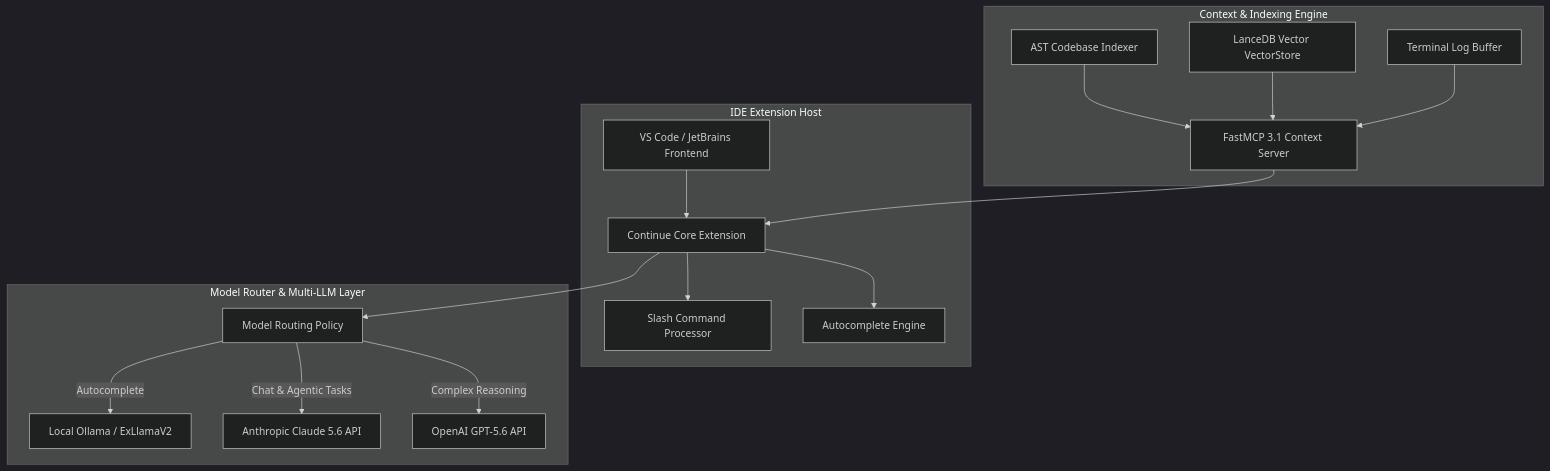
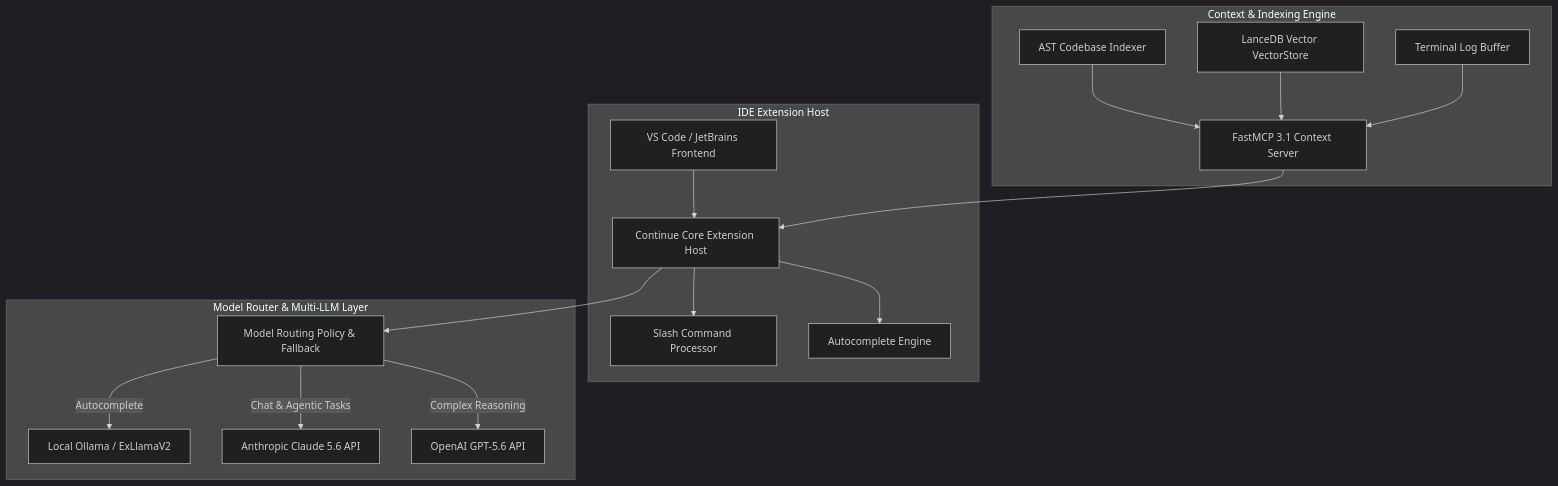
One commit to joanmarcriera/Home-office-automations changed the diagram in docs/tools/development_ops/continue_dev.md. Above: the diagram before and after it, drawn with Mermaid (dark theme). The commit also changed other lines of this file and 5 other files, not shown here.

````diff
--- a/docs/tools/development_ops/continue_dev.md
+++ b/docs/tools/development_ops/continue_dev.md
@@ -40,22 +54,22 @@
 ```mermaid
 graph TD
     subgraph IDE Extension Host
-        A[VS Code / JetBrains Frontend] --> B[Continue Core Extension]
+        A[VS Code / JetBrains Frontend] --> B[Continue Core Extension Host]
         B --> C[Slash Command Processor]
         B --> D[Autocomplete Engine]
     end
 
     subgraph Context & Indexing Engine
         E[FastMCP 3.1 Context Server] --> B
         F[AST Codebase Indexer] --> E
         G[LanceDB Vector VectorStore] --> E
         H[Terminal Log Buffer] --> E
     end
 
     subgraph Model Router & Multi-LLM Layer
-        B --> I[Model Routing Policy]
+        B --> I[Model Routing Policy & Fallback]
         I -->|Autocomplete | J[Local Ollama / ExLlamaV2]
         I -->|Chat & Agentic Tasks| K[Anthropic Claude 5.6 API]
         I -->|Complex Reasoning| L[OpenAI GPT-5.6 API]
     end
 ```
````
